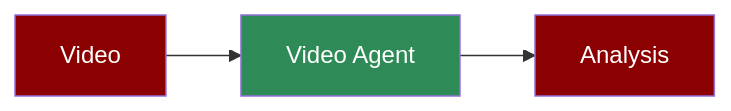
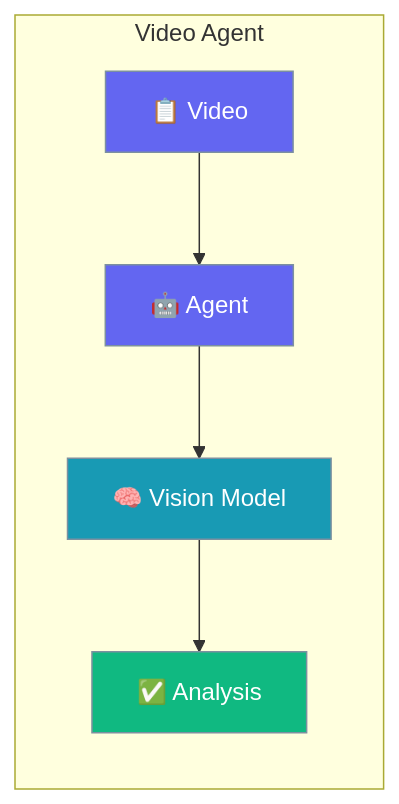
The first of 2 diagrams in docs/agents/video.mdx (MervinPraison/PraisonAIDocs), drawn with Mermaid before and after one commit. The commit also changed other lines of this file and 1 other file, not shown here.

Commit message:
docs: AGENTS.md compliance for single, video agents (#1733)

````diff
--- a/docs/agents/video.mdx
+++ b/docs/agents/video.mdx
@@ -8,9 +29,16 @@
 ```mermaid
-flowchart LR
-    In[Video] --> Agent[Video Agent]
-    Agent --> Out[Analysis]
-    
-    style In fill:#8B0000,color:#fff
-    style Agent fill:#2E8B57,color:#fff
-    style Out fill:#8B0000,color:#fff
+graph LR
+    subgraph "Video Agent"
+        User[📋 Video] --> Agent[🤖 Agent]
+        Agent --> Vision[🧠 Vision Model]
+        Vision --> Result[✅ Analysis]
+    end
+
+    classDef input fill:#6366F1,stroke:#7C90A0,color:#fff
+    classDef process fill:#189AB4,stroke:#7C90A0,color:#fff
+    classDef output fill:#10B981,stroke:#7C90A0,color:#fff
+
+    class User,Agent input
+    class Vision process
+    class Result output
 ```
````
